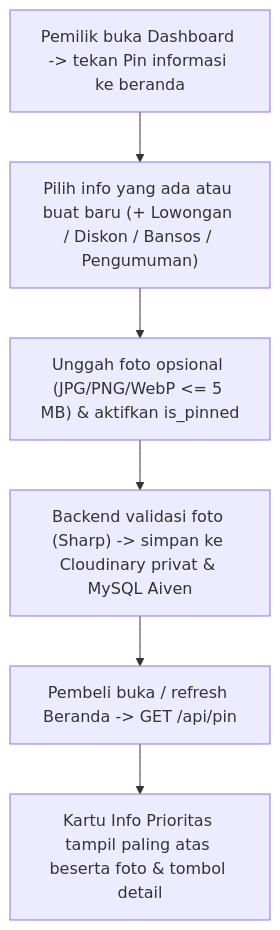
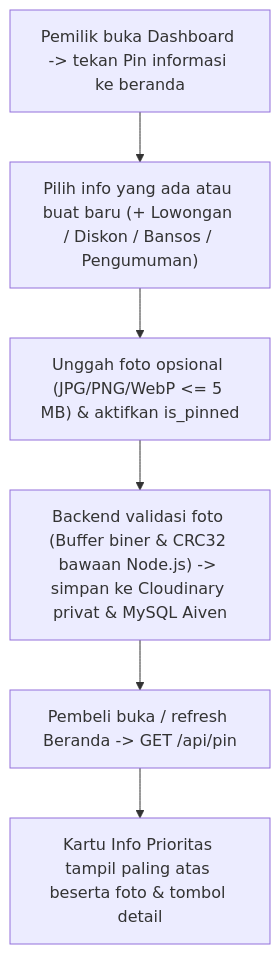
One commit to kaysan2519/RakRapi changed the fourth of 5 diagrams in docs/DIAGRAM-DAN-BLACKBOX-RAKRAPI.md. Above: the diagram before and after it, drawn with Mermaid. The commit also changed other lines of this file and 9 other files, not shown here.

Commit message:
refactor(backend,docs): hapus library sharp, ganti validasi foto biner bawaan Node.js, dan sinkronkan dokumen

````diff
--- a/docs/DIAGRAM-DAN-BLACKBOX-RAKRAPI.md
+++ b/docs/DIAGRAM-DAN-BLACKBOX-RAKRAPI.md
@@ -216,8 +216,8 @@
 ```mermaid
 flowchart TD
     A["Pemilik buka Dashboard -> tekan Pin informasi ke beranda"] --> B["Pilih info yang ada atau buat baru (+ Lowongan / Diskon / Bansos / Pengumuman)"]
     B --> C["Unggah foto opsional (JPG/PNG/WebP <= 5 MB) & aktifkan is_pinned"]
-    C --> D["Backend validasi foto (Sharp) -> simpan ke Cloudinary privat & MySQL Aiven"]
+    C --> D["Backend validasi foto (Buffer biner & CRC32 bawaan Node.js) -> simpan ke Cloudinary privat & MySQL Aiven"]
     D --> E["Pembeli buka / refresh Beranda -> GET /api/pin"]
     E --> F["Kartu Info Prioritas tampil paling atas beserta foto & tombol detail"]
 ```
````
